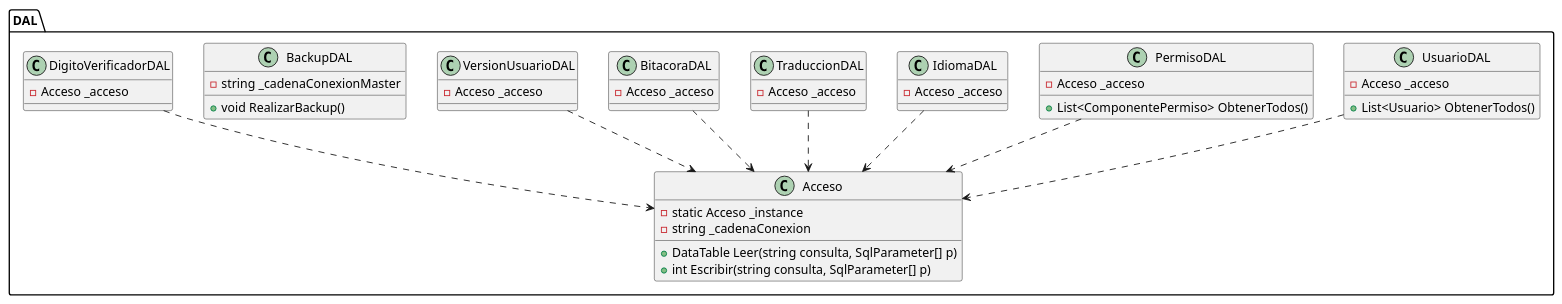
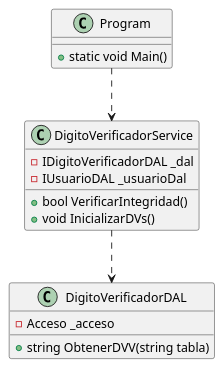
One commit to LautiSmyth/Stach changed diagram 11 of 25 in Documentacion/diagrams_code.md. Above: the diagram before and after it, drawn with PlantUML. The commit also changed other lines of this file, not shown here.

Commit message:
Docs: Restructurar codigos de diagramas organizados por Entrega 1 y Entrega 2 de Excel

````diff
--- a/Documentacion/diagrams_code.md
+++ b/Documentacion/diagrams_code.md
@@ -242,46 +271,19 @@
 ```plantuml
 @startuml
-package DAL {
-    class Acceso {
-        -static Acceso _instance
-        -string _cadenaConexion
-        +DataTable Leer(string consulta, SqlParameter[] p)
-        +int Escribir(string consulta, SqlParameter[] p)
-    }
-    class UsuarioDAL {
-        -Acceso _acceso
-        +List<Usuario> ObtenerTodos()
-    }
-    class PermisoDAL {
-        -Acceso _acceso
-        +List<ComponentePermiso> ObtenerTodos()
-    }
-    class IdiomaDAL {
-        -Acceso _acceso
-    }
-    class TraduccionDAL {
-        -Acceso _acceso
-    }
-    class BitacoraDAL {
-        -Acceso _acceso
-    }
-    class VersionUsuarioDAL {
-        -Acceso _acceso
-    }
-    class BackupDAL {
-        -string _cadenaConexionMaster
-        +void RealizarBackup()
-    }
-    class DigitoVerificadorDAL {
-        -Acceso _acceso
-    }
+class Program {
+    +static void Main()
 }
-UsuarioDAL ..> Acceso
-PermisoDAL ..> Acceso
-IdiomaDAL ..> Acceso
-TraduccionDAL ..> Acceso
-BitacoraDAL ..> Acceso
-VersionUsuarioDAL ..> Acceso
-DigitoVerificadorDAL ..> Acceso
+class DigitoVerificadorService {
+    -IDigitoVerificadorDAL _dal
+    -IUsuarioDAL _usuarioDal
+    +bool VerificarIntegridad()
+    +void InicializarDVs()
+}
+class DigitoVerificadorDAL {
+    -Acceso _acceso
+    +string ObtenerDVV(string tabla)
+}
+Program ..> DigitoVerificadorService
+DigitoVerificadorService ..> DigitoVerificadorDAL
 @enduml
 ```
````
